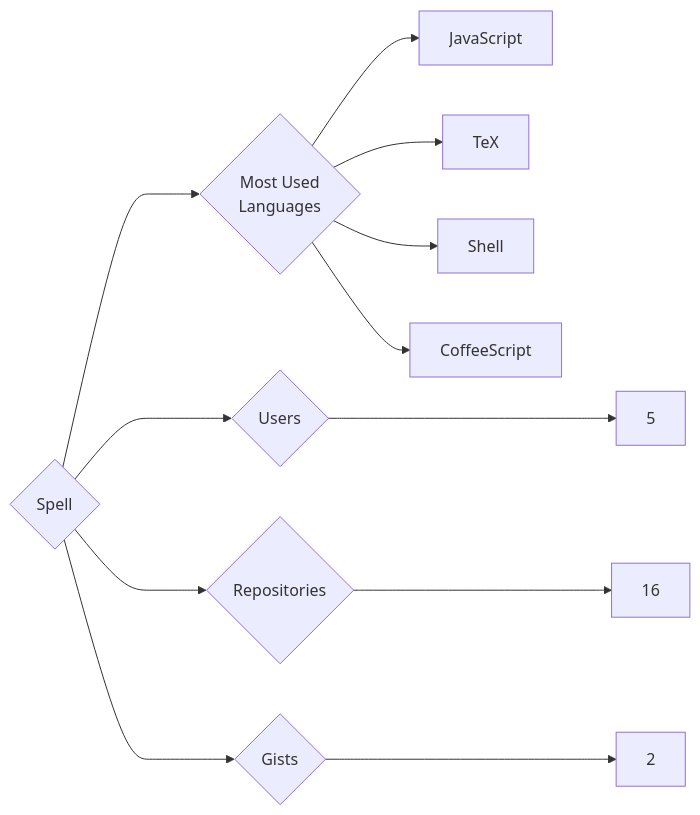
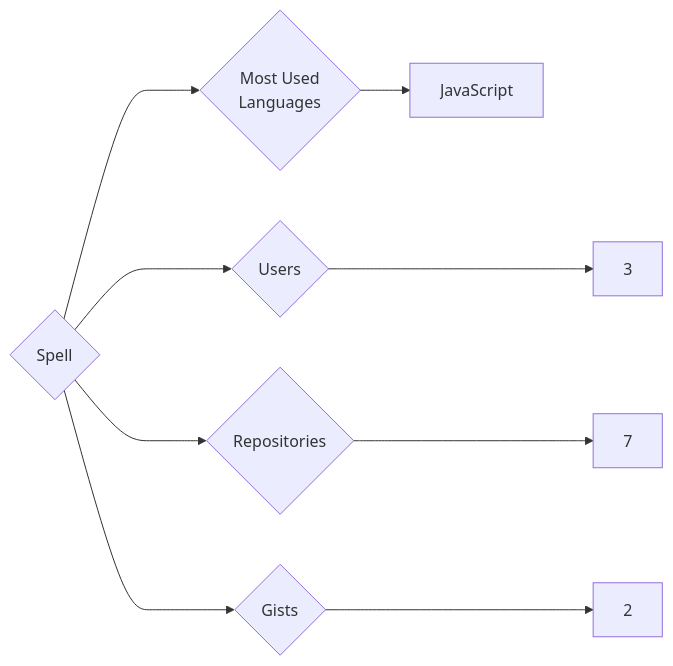
One commit to trickest/insiders changed the diagram in targets/Spell/README.md. Above: the diagram before and after it, drawn with Mermaid. The commit also changed 1496 other files, not shown here.

````diff
--- a/targets/Spell/README.md
+++ b/targets/Spell/README.md
@@ -3,12 +3,9 @@
 ```mermaid
 graph LR
 COMPANY_NAME{Spell}
-COMPANY_NAME ---> U{Users} ---> UN[5]
-COMPANY_NAME ---> R{Repositories} ---> RN[16]
+COMPANY_NAME ---> U{Users} ---> UN[3]
+COMPANY_NAME ---> R{Repositories} ---> RN[7]
 COMPANY_NAME ---> G{Gists} ---> GN[2]
 COMPANY_NAME ---> ML{Most Used<br>Languages}
 ML --> JavaScript[JavaScript]
-ML --> TeX[TeX]
-ML --> Shell[Shell]
-ML --> CoffeeScript[CoffeeScript]
 ```
````
